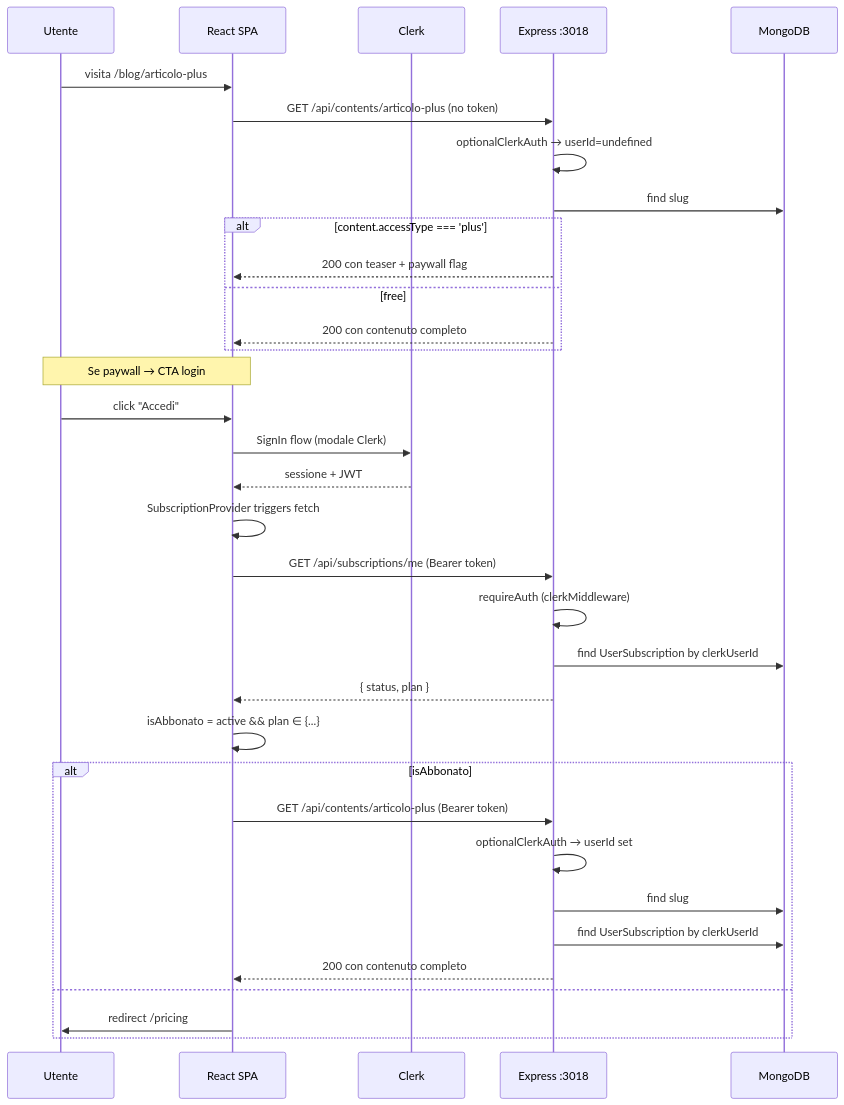
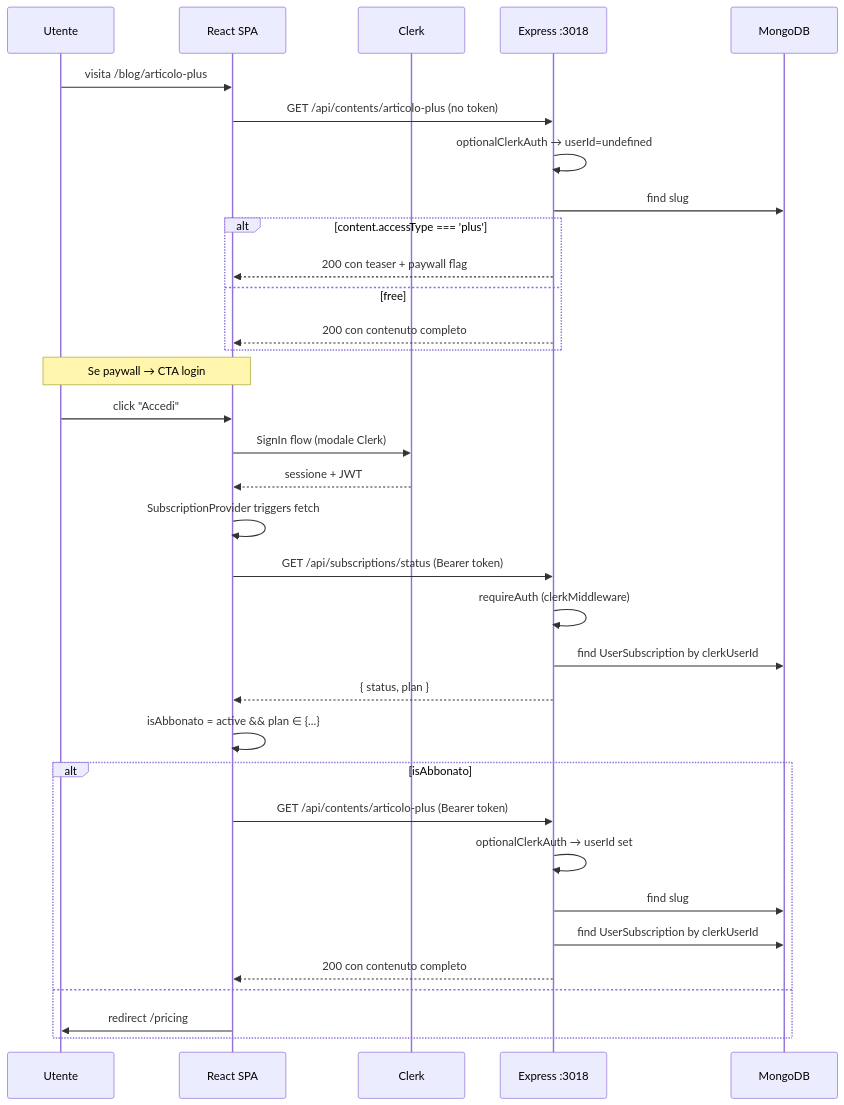
The diagram in docs/10-architecture/autenticazione.md (stfnbssl/hcaire-docs), drawn with Mermaid before and after one commit. The commit also changed 16 other files, not shown here.

````diff
--- a/docs/10-architecture/autenticazione.md
+++ b/docs/10-architecture/autenticazione.md
@@ -23,40 +23,40 @@
 ```mermaid
 sequenceDiagram
   participant U as Utente
   participant SPA as React SPA
   participant Clerk as Clerk
   participant API as Express :3018
   participant DB as MongoDB
 
   U->>SPA: visita /blog/articolo-plus
   SPA->>API: GET /api/contents/articolo-plus (no token)
   API->>API: optionalClerkAuth → userId=undefined
   API->>DB: find slug
   alt content.accessType === 'plus'
     API-->>SPA: 200 con teaser + paywall flag
   else free
     API-->>SPA: 200 con contenuto completo
   end
 
   Note over U,SPA: Se paywall → CTA login
 
   U->>SPA: click "Accedi"
   SPA->>Clerk: SignIn flow (modale Clerk)
   Clerk-->>SPA: sessione + JWT
   SPA->>SPA: SubscriptionProvider triggers fetch
-  SPA->>API: GET /api/subscriptions/me (Bearer token)
+  SPA->>API: GET /api/subscriptions/status (Bearer token)
   API->>API: requireAuth (clerkMiddleware)
   API->>DB: find UserSubscription by clerkUserId
   API-->>SPA: { status, plan }
   SPA->>SPA: isAbbonato = active && plan ∈ {...}
 
   alt isAbbonato
     SPA->>API: GET /api/contents/articolo-plus (Bearer token)
     API->>API: optionalClerkAuth → userId set
     API->>DB: find slug
     API->>DB: find UserSubscription by clerkUserId
     API-->>SPA: 200 con contenuto completo
   else
     SPA->>U: redirect /pricing
   end
 ```
````
